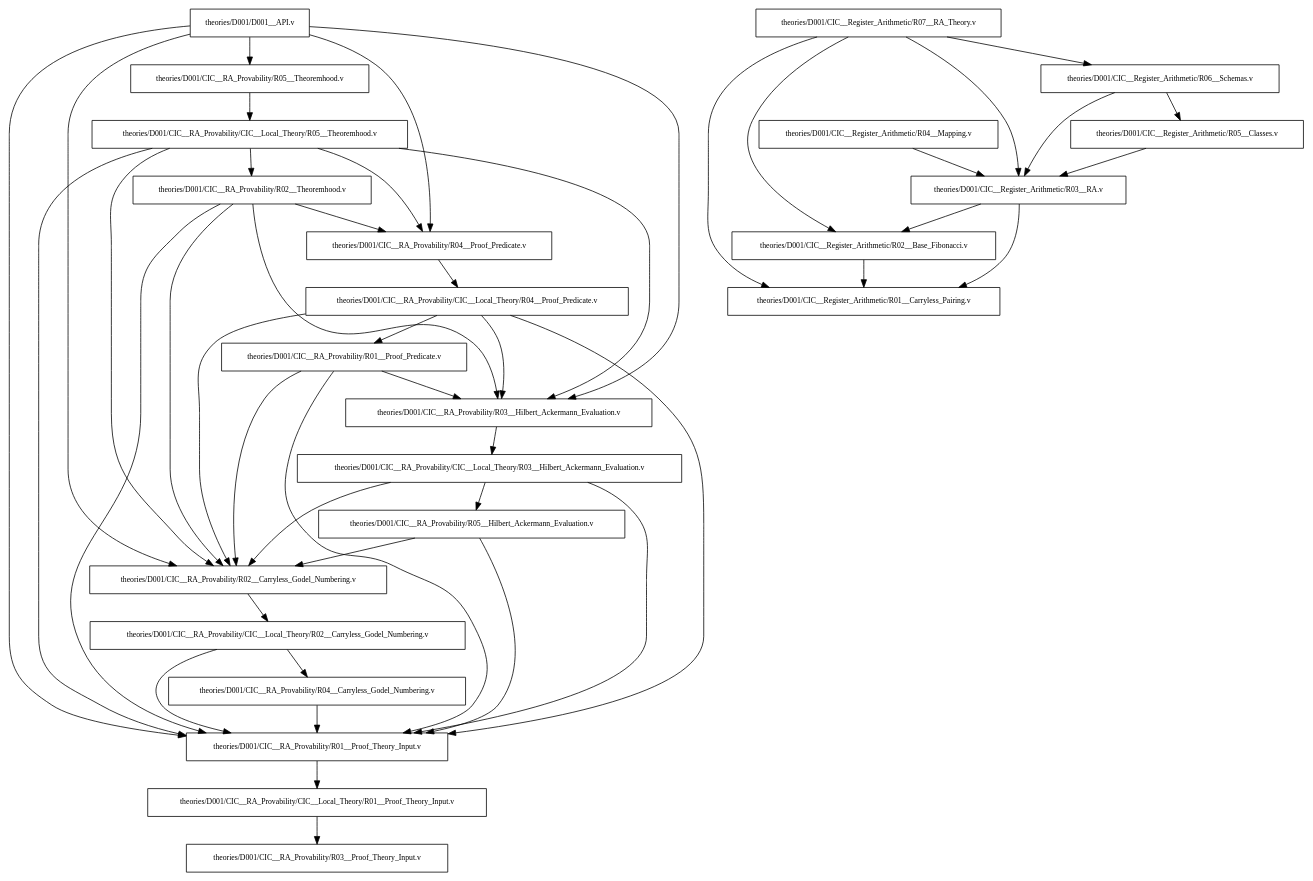
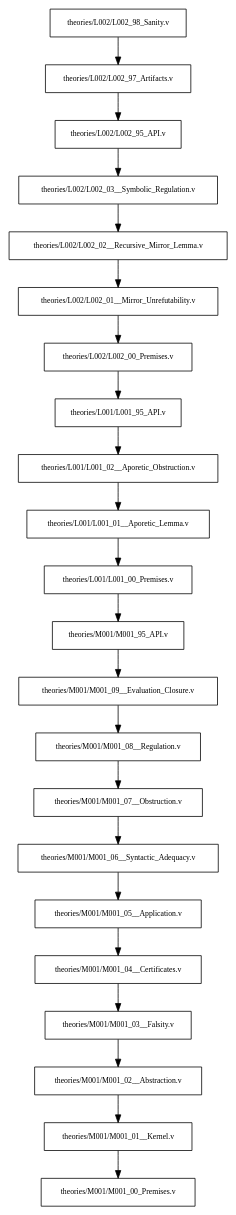
The diagram in _tools/Dump/tree/deps.dot (Milan-Rosko/Proofcase), drawn with Graphviz before and after one commit. The commit also changed 24 other files, not shown here.

```diff
--- a/_tools/Dump/tree/deps.dot
+++ b/_tools/Dump/tree/deps.dot
@@ -3,73 +3,47 @@
   node [shape=box, fontsize=10, style=filled, fillcolor="white"];
   edge [fontsize=9];
 
-  "/Users/wuksh/Monotyper/_INPUT/ProofcaseExport/theories/D001/D001__API.v" [label="theories/D001/D001__API.v"];
-  "/Users/wuksh/Monotyper/_INPUT/ProofcaseExport/theories/D001/D001__API.v" -> "/Users/wuksh/Monotyper/_INPUT/ProofcaseExport/theories/D001/CIC__RA_Provability/R01__Proof_Theory_Input.v";
-  "/Users/wuksh/Monotyper/_INPUT/ProofcaseExport/theories/D001/CIC__RA_Provability/R01__Proof_Theory_Input.v" [label="theories/D001/CIC__RA_Provability/R01__Proof_Theory_Input.v"];
-  "/Users/wuksh/Monotyper/_INPUT/ProofcaseExport/theories/D001/D001__API.v" -> "/Users/wuksh/Monotyper/_INPUT/ProofcaseExport/theories/D001/CIC__RA_Provability/R02__Carryless_Godel_Numbering.v";
-  "/Users/wuksh/Monotyper/_INPUT/ProofcaseExport/theories/D001/CIC__RA_Provability/R02__Carryless_Godel_Numbering.v" [label="theories/D001/CIC__RA_Provability/R02__Carryless_Godel_Numbering.v"];
-  "/Users/wuksh/Monotyper/_INPUT/ProofcaseExport/theories/D001/D001__API.v" -> "/Users/wuksh/Monotyper/_INPUT/ProofcaseExport/theories/D001/CIC__RA_Provability/R03__Hilbert_Ackermann_Evaluation.v";
-  "/Users/wuksh/Monotyper/_INPUT/ProofcaseExport/theories/D001/CIC__RA_Provability/R03__Hilbert_Ackermann_Evaluation.v" [label="theories/D001/CIC__RA_Provability/R03__Hilbert_Ackermann_Evaluation.v"];
-  "/Users/wuksh/Monotyper/_INPUT/ProofcaseExport/theories/D001/D001__API.v" -> "/Users/wuksh/Monotyper/_INPUT/ProofcaseExport/theories/D001/CIC__RA_Provability/R04__Proof_Predicate.v";
-  "/Users/wuksh/Monotyper/_INPUT/ProofcaseExport/theories/D001/CIC__RA_Provability/R04__Proof_Predicate.v" [label="theories/D001/CIC__RA_Provability/R04__Proof_Predicate.v"];
-  "/Users/wuksh/Monotyper/_INPUT/ProofcaseExport/theories/D001/D001__API.v" -> "/Users/wuksh/Monotyper/_INPUT/ProofcaseExport/theories/D001/CIC__RA_Provability/R05__Theoremhood.v";
-  "/Users/wuksh/Monotyper/_INPUT/ProofcaseExport/theories/D001/CIC__RA_Provability/R05__Theoremhood.v" [label="theories/D001/CIC__RA_Provability/R05__Theoremhood.v"];
-  "/Users/wuksh/Monotyper/_INPUT/ProofcaseExport/theories/D001/CIC__Register_Arithmetic/R01__Carryless_Pairing.v" [label="theories/D001/CIC__Register_Arithmetic/R01__Carryless_Pairing.v"];
-  "/Users/wuksh/Monotyper/_INPUT/ProofcaseExport/theories/D001/CIC__Register_Arithmetic/R02__Base_Fibonacci.v" [label="theories/D001/CIC__Register_Arithmetic/R02__Base_Fibonacci.v"];
-  "/Users/wuksh/Monotyper/_INPUT/ProofcaseExport/theories/D001/CIC__Register_Arithmetic/R02__Base_Fibonacci.v" -> "/Users/wuksh/Monotyper/_INPUT/ProofcaseExport/theories/D001/CIC__Register_Arithmetic/R01__Carryless_Pairing.v";
-  "/Users/wuksh/Monotyper/_INPUT/ProofcaseExport/theories/D001/CIC__Register_Arithmetic/R03__RA.v" [label="theories/D001/CIC__Register_Arithmetic/R03__RA.v"];
-  "/Users/wuksh/Monotyper/_INPUT/ProofcaseExport/theories/D001/CIC__Register_Arithmetic/R03__RA.v" -> "/Users/wuksh/Monotyper/_INPUT/ProofcaseExport/theories/D001/CIC__Register_Arithmetic/R01__Carryless_Pairing.v";
-  "/Users/wuksh/Monotyper/_INPUT/ProofcaseExport/theories/D001/CIC__Register_Arithmetic/R03__RA.v" -> "/Users/wuksh/Monotyper/_INPUT/ProofcaseExport/theories/D001/CIC__Register_Arithmetic/R02__Base_Fibonacci.v";
-  "/Users/wuksh/Monotyper/_INPUT/ProofcaseExport/theories/D001/CIC__Register_Arithmetic/R04__Mapping.v" [label="theories/D001/CIC__Register_Arithmetic/R04__Mapping.v"];
-  "/Users/wuksh/Monotyper/_INPUT/ProofcaseExport/theories/D001/CIC__Register_Arithmetic/R04__Mapping.v" -> "/Users/wuksh/Monotyper/_INPUT/ProofcaseExport/theories/D001/CIC__Register_Arithmetic/R03__RA.v";
-  "/Users/wuksh/Monotyper/_INPUT/ProofcaseExport/theories/D001/CIC__Register_Arithmetic/R05__Classes.v" [label="theories/D001/CIC__Register_Arithmetic/R05__Classes.v"];
-  "/Users/wuksh/Monotyper/_INPUT/ProofcaseExport/theories/D001/CIC__Register_Arithmetic/R05__Classes.v" -> "/Users/wuksh/Monotyper/_INPUT/ProofcaseExport/theories/D001/CIC__Register_Arithmetic/R03__RA.v";
-  "/Users/wuksh/Monotyper/_INPUT/ProofcaseExport/theories/D001/CIC__Register_Arithmetic/R06__Schemas.v" [label="theories/D001/CIC__Register_Arithmetic/R06__Schemas.v"];
-  "/Users/wuksh/Monotyper/_INPUT/ProofcaseExport/theories/D001/CIC__Register_Arithmetic/R06__Schemas.v" -> "/Users/wuksh/Monotyper/_INPUT/ProofcaseExport/theories/D001/CIC__Register_Arithmetic/R03__RA.v";
-  "/Users/wuksh/Monotyper/_INPUT/ProofcaseExport/theories/D001/CIC__Register_Arithmetic/R06__Schemas.v" -> "/Users/wuksh/Monotyper/_INPUT/ProofcaseExport/theories/D001/CIC__Register_Arithmetic/R05__Classes.v";
-  "/Users/wuksh/Monotyper/_INPUT/ProofcaseExport/theories/D001/CIC__Register_Arithmetic/R07__RA_Theory.v" [label="theories/D001/CIC__Register_Arithmetic/R07__RA_Theory.v"];
-  "/Users/wuksh/Monotyper/_INPUT/ProofcaseExport/theories/D001/CIC__Register_Arithmetic/R07__RA_Theory.v" -> "/Users/wuksh/Monotyper/_INPUT/ProofcaseExport/theories/D001/CIC__Register_Arithmetic/R01__Carryless_Pairing.v";
-  "/Users/wuksh/Monotyper/_INPUT/ProofcaseExport/theories/D001/CIC__Register_Arithmetic/R07__RA_Theory.v" -> "/Users/wuksh/Monotyper/_INPUT/ProofcaseExport/theories/D001/CIC__Register_Arithmetic/R02__Base_Fibonacci.v";
-  "/Users/wuksh/Monotyper/_INPUT/ProofcaseExport/theories/D001/CIC__Register_Arithmetic/R07__RA_Theory.v" -> "/Users/wuksh/Monotyper/_INPUT/ProofcaseExport/theories/D001/CIC__Register_Arithmetic/R03__RA.v";
-  "/Users/wuksh/Monotyper/_INPUT/ProofcaseExport/theories/D001/CIC__Register_Arithmetic/R07__RA_Theory.v" -> "/Users/wuksh/Monotyper/_INPUT/ProofcaseExport/theories/D001/CIC__Register_Arithmetic/R06__Schemas.v";
-  "/Users/wuksh/Monotyper/_INPUT/ProofcaseExport/theories/D001/CIC__RA_Provability/R01__Proof_Predicate.v" [label="theories/D001/CIC__RA_Provability/R01__Proof_Predicate.v"];
-  "/Users/wuksh/Monotyper/_INPUT/ProofcaseExport/theories/D001/CIC__RA_Provability/R01__Proof_Predicate.v" -> "/Users/wuksh/Monotyper/_INPUT/ProofcaseExport/theories/D001/CIC__RA_Provability/R01__Proof_Theory_Input.v";
-  "/Users/wuksh/Monotyper/_INPUT/ProofcaseExport/theories/D001/CIC__RA_Provability/R01__Proof_Predicate.v" -> "/Users/wuksh/Monotyper/_INPUT/ProofcaseExport/theories/D001/CIC__RA_Provability/R02__Carryless_Godel_Numbering.v";
-  "/Users/wuksh/Monotyper/_INPUT/ProofcaseExport/theories/D001/CIC__RA_Provability/R01__Proof_Predicate.v" -> "/Users/wuksh/Monotyper/_INPUT/ProofcaseExport/theories/D001/CIC__RA_Provability/R03__Hilbert_Ackermann_Evaluation.v";
-  "/Users/wuksh/Monotyper/_INPUT/ProofcaseExport/theories/D001/CIC__RA_Provability/R01__Proof_Theory_Input.v" -> "/Users/wuksh/Monotyper/_INPUT/ProofcaseExport/theories/D001/CIC__RA_Provability/CIC__Local_Theory/R01__Proof_Theory_Input.v";
-  "/Users/wuksh/Monotyper/_INPUT/ProofcaseExport/theories/D001/CIC__RA_Provability/CIC__Local_Theory/R01__Proof_Theory_Input.v" [label="theories/D001/CIC__RA_Provability/CIC__Local_Theory/R01__Proof_Theory_Input.v"];
-  "/Users/wuksh/Monotyper/_INPUT/ProofcaseExport/theories/D001/CIC__RA_Provability/R02__Carryless_Godel_Numbering.v" -> "/Users/wuksh/Monotyper/_INPUT/ProofcaseExport/theories/D001/CIC__RA_Provability/CIC__Local_Theory/R02__Carryless_Godel_Numbering.v";
-  "/Users/wuksh/Monotyper/_INPUT/ProofcaseExport/theories/D001/CIC__RA_Provability/CIC__Local_Theory/R02__Carryless_Godel_Numbering.v" [label="theories/D001/CIC__RA_Provability/CIC__Local_Theory/R02__Carryless_Godel_Numbering.v"];
-  "/Users/wuksh/Monotyper/_INPUT/ProofcaseExport/theories/D001/CIC__RA_Provability/R02__Theoremhood.v" [label="theories/D001/CIC__RA_Provability/R02__Theoremhood.v"];
-  "/Users/wuksh/Monotyper/_INPUT/ProofcaseExport/theories/D001/CIC__RA_Provability/R02__Theoremhood.v" -> "/Users/wuksh/Monotyper/_INPUT/ProofcaseExport/theories/D001/CIC__RA_Provability/R01__Proof_Theory_Input.v";
-  "/Users/wuksh/Monotyper/_INPUT/ProofcaseExport/theories/D001/CIC__RA_Provability/R02__Theoremhood.v" -> "/Users/wuksh/Monotyper/_INPUT/ProofcaseExport/theories/D001/CIC__RA_Provability/R02__Carryless_Godel_Numbering.v";
-  "/Users/wuksh/Monotyper/_INPUT/ProofcaseExport/theories/D001/CIC__RA_Provability/R02__Theoremhood.v" -> "/Users/wuksh/Monotyper/_INPUT/ProofcaseExport/theories/D001/CIC__RA_Provability/R03__Hilbert_Ackermann_Evaluation.v";
-  "/Users/wuksh/Monotyper/_INPUT/ProofcaseExport/theories/D001/CIC__RA_Provability/R02__Theoremhood.v" -> "/Users/wuksh/Monotyper/_INPUT/ProofcaseExport/theories/D001/CIC__RA_Provability/R04__Proof_Predicate.v";
-  "/Users/wuksh/Monotyper/_INPUT/ProofcaseExport/theories/D001/CIC__RA_Provability/R03__Hilbert_Ackermann_Evaluation.v" -> "/Users/wuksh/Monotyper/_INPUT/ProofcaseExport/theories/D001/CIC__RA_Provability/CIC__Local_Theory/R03__Hilbert_Ackermann_Evaluation.v";
-  "/Users/wuksh/Monotyper/_INPUT/ProofcaseExport/theories/D001/CIC__RA_Provability/CIC__Local_Theory/R03__Hilbert_Ackermann_Evaluation.v" [label="theories/D001/CIC__RA_Provability/CIC__Local_Theory/R03__Hilbert_Ackermann_Evaluation.v"];
-  "/Users/wuksh/Monotyper/_INPUT/ProofcaseExport/theories/D001/CIC__RA_Provability/R03__Proof_Theory_Input.v" [label="theories/D001/CIC__RA_Provability/R03__Proof_Theory_Input.v"];
-  "/Users/wuksh/Monotyper/_INPUT/ProofcaseExport/theories/D001/CIC__RA_Provability/R04__Carryless_Godel_Numbering.v" [label="theories/D001/CIC__RA_Provability/R04__Carryless_Godel_Numbering.v"];
-  "/Users/wuksh/Monotyper/_INPUT/ProofcaseExport/theories/D001/CIC__RA_Provability/R04__Carryless_Godel_Numbering.v" -> "/Users/wuksh/Monotyper/_INPUT/ProofcaseExport/theories/D001/CIC__RA_Provability/R01__Proof_Theory_Input.v";
-  "/Users/wuksh/Monotyper/_INPUT/ProofcaseExport/theories/D001/CIC__RA_Provability/R04__Proof_Predicate.v" -> "/Users/wuksh/Monotyper/_INPUT/ProofcaseExport/theories/D001/CIC__RA_Provability/CIC__Local_Theory/R04__Proof_Predicate.v";
-  "/Users/wuksh/Monotyper/_INPUT/ProofcaseExport/theories/D001/CIC__RA_Provability/CIC__Local_Theory/R04__Proof_Predicate.v" [label="theories/D001/CIC__RA_Provability/CIC__Local_Theory/R04__Proof_Predicate.v"];
-  "/Users/wuksh/Monotyper/_INPUT/ProofcaseExport/theories/D001/CIC__RA_Provability/R05__Hilbert_Ackermann_Evaluation.v" [label="theories/D001/CIC__RA_Provability/R05__Hilbert_Ackermann_Evaluation.v"];
-  "/Users/wuksh/Monotyper/_INPUT/ProofcaseExport/theories/D001/CIC__RA_Provability/R05__Hilbert_Ackermann_Evaluation.v" -> "/Users/wuksh/Monotyper/_INPUT/ProofcaseExport/theories/D001/CIC__RA_Provability/R01__Proof_Theory_Input.v";
-  "/Users/wuksh/Monotyper/_INPUT/ProofcaseExport/theories/D001/CIC__RA_Provability/R05__Hilbert_Ackermann_Evaluation.v" -> "/Users/wuksh/Monotyper/_INPUT/ProofcaseExport/theories/D001/CIC__RA_Provability/R02__Carryless_Godel_Numbering.v";
-  "/Users/wuksh/Monotyper/_INPUT/ProofcaseExport/theories/D001/CIC__RA_Provability/R05__Theoremhood.v" -> "/Users/wuksh/Monotyper/_INPUT/ProofcaseExport/theories/D001/CIC__RA_Provability/CIC__Local_Theory/R05__Theoremhood.v";
-  "/Users/wuksh/Monotyper/_INPUT/ProofcaseExport/theories/D001/CIC__RA_Provability/CIC__Local_Theory/R05__Theoremhood.v" [label="theories/D001/CIC__RA_Provability/CIC__Local_Theory/R05__Theoremhood.v"];
-  "/Users/wuksh/Monotyper/_INPUT/ProofcaseExport/theories/D001/CIC__RA_Provability/CIC__Local_Theory/R01__Proof_Theory_Input.v" -> "/Users/wuksh/Monotyper/_INPUT/ProofcaseExport/theories/D001/CIC__RA_Provability/R03__Proof_Theory_Input.v";
-  "/Users/wuksh/Monotyper/_INPUT/ProofcaseExport/theories/D001/CIC__RA_Provability/CIC__Local_Theory/R02__Carryless_Godel_Numbering.v" -> "/Users/wuksh/Monotyper/_INPUT/ProofcaseExport/theories/D001/CIC__RA_Provability/R01__Proof_Theory_Input.v";
-  "/Users/wuksh/Monotyper/_INPUT/ProofcaseExport/theories/D001/CIC__RA_Provability/CIC__Local_Theory/R02__Carryless_Godel_Numbering.v" -> "/Users/wuksh/Monotyper/_INPUT/ProofcaseExport/theories/D001/CIC__RA_Provability/R04__Carryless_Godel_Numbering.v";
-  "/Users/wuksh/Monotyper/_INPUT/ProofcaseExport/theories/D001/CIC__RA_Provability/CIC__Local_Theory/R03__Hilbert_Ackermann_Evaluation.v" -> "/Users/wuksh/Monotyper/_INPUT/ProofcaseExport/theories/D001/CIC__RA_Provability/R01__Proof_Theory_Input.v";
-  "/Users/wuksh/Monotyper/_INPUT/ProofcaseExport/theories/D001/CIC__RA_Provability/CIC__Local_Theory/R03__Hilbert_Ackermann_Evaluation.v" -> "/Users/wuksh/Monotyper/_INPUT/ProofcaseExport/theories/D001/CIC__RA_Provability/R02__Carryless_Godel_Numbering.v";
-  "/Users/wuksh/Monotyper/_INPUT/ProofcaseExport/theories/D001/CIC__RA_Provability/CIC__Local_Theory/R03__Hilbert_Ackermann_Evaluation.v" -> "/Users/wuksh/Monotyper/_INPUT/ProofcaseExport/theories/D001/CIC__RA_Provability/R05__Hilbert_Ackermann_Evaluation.v";
-  "/Users/wuksh/Monotyper/_INPUT/ProofcaseExport/theories/D001/CIC__RA_Provability/CIC__Local_Theory/R04__Proof_Predicate.v" -> "/Users/wuksh/Monotyper/_INPUT/ProofcaseExport/theories/D001/CIC__RA_Provability/R01__Proof_Predicate.v";
-  "/Users/wuksh/Monotyper/_INPUT/ProofcaseExport/theories/D001/CIC__RA_Provability/CIC__Local_Theory/R04__Proof_Predicate.v" -> "/Users/wuksh/Monotyper/_INPUT/ProofcaseExport/theories/D001/CIC__RA_Provability/R01__Proof_Theory_Input.v";
-  "/Users/wuksh/Monotyper/_INPUT/ProofcaseExport/theories/D001/CIC__RA_Provability/CIC__Local_Theory/R04__Proof_Predicate.v" -> "/Users/wuksh/Monotyper/_INPUT/ProofcaseExport/theories/D001/CIC__RA_Provability/R02__Carryless_Godel_Numbering.v";
-  "/Users/wuksh/Monotyper/_INPUT/ProofcaseExport/theories/D001/CIC__RA_Provability/CIC__Local_Theory/R04__Proof_Predicate.v" -> "/Users/wuksh/Monotyper/_INPUT/ProofcaseExport/theories/D001/CIC__RA_Provability/R03__Hilbert_Ackermann_Evaluation.v";
-  "/Users/wuksh/Monotyper/_INPUT/ProofcaseExport/theories/D001/CIC__RA_Provability/CIC__Local_Theory/R05__Theoremhood.v" -> "/Users/wuksh/Monotyper/_INPUT/ProofcaseExport/theories/D001/CIC__RA_Provability/R01__Proof_Theory_Input.v";
-  "/Users/wuksh/Monotyper/_INPUT/ProofcaseExport/theories/D001/CIC__RA_Provability/CIC__Local_Theory/R05__Theoremhood.v" -> "/Users/wuksh/Monotyper/_INPUT/ProofcaseExport/theories/D001/CIC__RA_Provability/R02__Carryless_Godel_Numbering.v";
-  "/Users/wuksh/Monotyper/_INPUT/ProofcaseExport/theories/D001/CIC__RA_Provability/CIC__Local_Theory/R05__Theoremhood.v" -> "/Users/wuksh/Monotyper/_INPUT/ProofcaseExport/theories/D001/CIC__RA_Provability/R02__Theoremhood.v";
-  "/Users/wuksh/Monotyper/_INPUT/ProofcaseExport/theories/D001/CIC__RA_Provability/CIC__Local_Theory/R05__Theoremhood.v" -> "/Users/wuksh/Monotyper/_INPUT/ProofcaseExport/theories/D001/CIC__RA_Provability/R03__Hilbert_Ackermann_Evaluation.v";
-  "/Users/wuksh/Monotyper/_INPUT/ProofcaseExport/theories/D001/CIC__RA_Provability/CIC__Local_Theory/R05__Theoremhood.v" -> "/Users/wuksh/Monotyper/_INPUT/ProofcaseExport/theories/D001/CIC__RA_Provability/R04__Proof_Predicate.v";
+  "theories/M001/M001_00_Premises.v" [label="theories/M001/M001_00_Premises.v"];
+  "theories/M001/M001_01__Kernel.v" [label="theories/M001/M001_01__Kernel.v"];
+  "theories/M001/M001_01__Kernel.v" -> "theories/M001/M001_00_Premises.v";
+  "theories/M001/M001_02__Abstraction.v" [label="theories/M001/M001_02__Abstraction.v"];
+  "theories/M001/M001_02__Abstraction.v" -> "theories/M001/M001_01__Kernel.v";
+  "theories/M001/M001_03__Falsity.v" [label="theories/M001/M001_03__Falsity.v"];
+  "theories/M001/M001_03__Falsity.v" -> "theories/M001/M001_02__Abstraction.v";
+  "theories/M001/M001_04__Certificates.v" [label="theories/M001/M001_04__Certificates.v"];
+  "theories/M001/M001_04__Certificates.v" -> "theories/M001/M001_03__Falsity.v";
+  "theories/M001/M001_05__Application.v" [label="theories/M001/M001_05__Application.v"];
+  "theories/M001/M001_05__Application.v" -> "theories/M001/M001_04__Certificates.v";
+  "theories/M001/M001_06__Syntactic_Adequacy.v" [label="theories/M001/M001_06__Syntactic_Adequacy.v"];
+  "theories/M001/M001_06__Syntactic_Adequacy.v" -> "theories/M001/M001_05__Application.v";
+  "theories/M001/M001_07__Obstruction.v" [label="theories/M001/M001_07__Obstruction.v"];
+  "theories/M001/M001_07__Obstruction.v" -> "theories/M001/M001_06__Syntactic_Adequacy.v";
+  "theories/M001/M001_08__Regulation.v" [label="theories/M001/M001_08__Regulation.v"];
+  "theories/M001/M001_08__Regulation.v" -> "theories/M001/M001_07__Obstruction.v";
+  "theories/M001/M001_09__Evaluation_Closure.v" [label="theories/M001/M001_09__Evaluation_Closure.v"];
+  "theories/M001/M001_09__Evaluation_Closure.v" -> "theories/M001/M001_08__Regulation.v";
+  "theories/M001/M001_95_API.v" [label="theories/M001/M001_95_API.v"];
+  "theories/M001/M001_95_API.v" -> "theories/M001/M001_09__Evaluation_Closure.v";
+  "theories/L001/L001_00_Premises.v" [label="theories/L001/L001_00_Premises.v"];
+  "theories/L001/L001_00_Premises.v" -> "theories/M001/M001_95_API.v";
+  "theories/L001/L001_01__Aporetic_Lemma.v" [label="theories/L001/L001_01__Aporetic_Lemma.v"];
+  "theories/L001/L001_01__Aporetic_Lemma.v" -> "theories/L001/L001_00_Premises.v";
+  "theories/L001/L001_02__Aporetic_Obstruction.v" [label="theories/L001/L001_02__Aporetic_Obstruction.v"];
+  "theories/L001/L001_02__Aporetic_Obstruction.v" -> "theories/L001/L001_01__Aporetic_Lemma.v";
+  "theories/L001/L001_95_API.v" [label="theories/L001/L001_95_API.v"];
+  "theories/L001/L001_95_API.v" -> "theories/L001/L001_02__Aporetic_Obstruction.v";
+  "theories/L002/L002_00_Premises.v" [label="theories/L002/L002_00_Premises.v"];
+  "theories/L002/L002_00_Premises.v" -> "theories/L001/L001_95_API.v";
+  "theories/L002/L002_01__Mirror_Unrefutability.v" [label="theories/L002/L002_01__Mirror_Unrefutability.v"];
+  "theories/L002/L002_01__Mirror_Unrefutability.v" -> "theories/L002/L002_00_Premises.v";
+  "theories/L002/L002_02__Recursive_Mirror_Lemma.v" [label="theories/L002/L002_02__Recursive_Mirror_Lemma.v"];
+  "theories/L002/L002_02__Recursive_Mirror_Lemma.v" -> "theories/L002/L002_01__Mirror_Unrefutability.v";
+  "theories/L002/L002_03__Symbolic_Regulation.v" [label="theories/L002/L002_03__Symbolic_Regulation.v"];
+  "theories/L002/L002_03__Symbolic_Regulation.v" -> "theories/L002/L002_02__Recursive_Mirror_Lemma.v";
+  "theories/L002/L002_95_API.v" [label="theories/L002/L002_95_API.v"];
+  "theories/L002/L002_95_API.v" -> "theories/L002/L002_03__Symbolic_Regulation.v";
+  "theories/L002/L002_97_Artifacts.v" [label="theories/L002/L002_97_Artifacts.v"];
+  "theories/L002/L002_97_Artifacts.v" -> "theories/L002/L002_95_API.v";
+  "theories/L002/L002_98_Sanity.v" [label="theories/L002/L002_98_Sanity.v"];
+  "theories/L002/L002_98_Sanity.v" -> "theories/L002/L002_97_Artifacts.v";
 }
```
